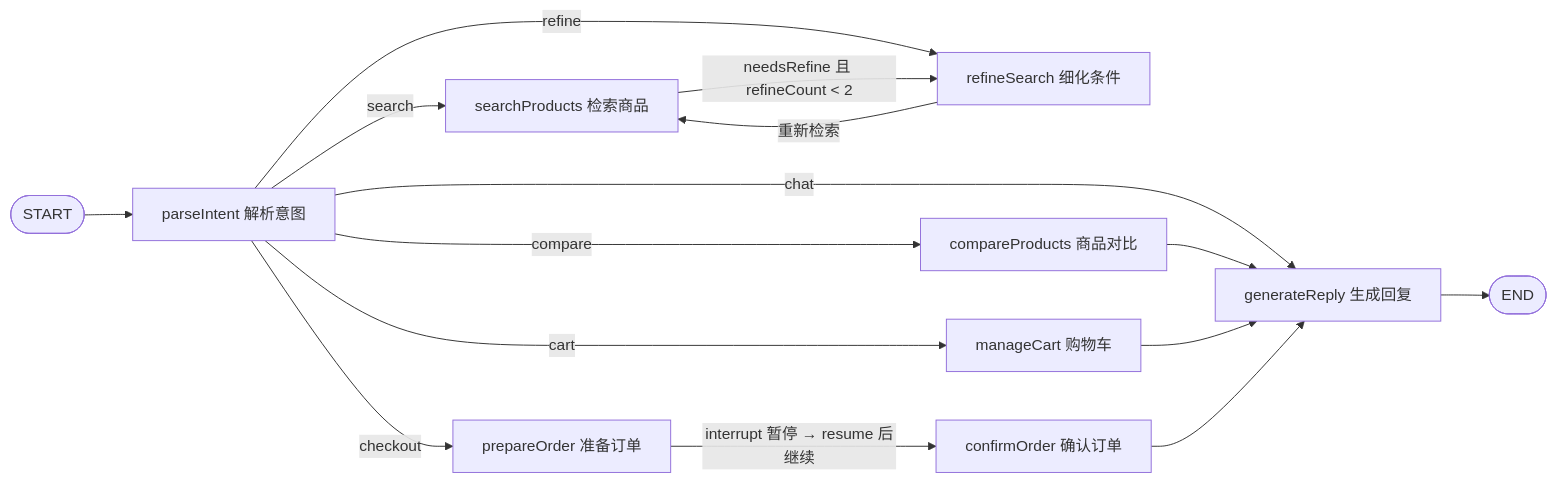
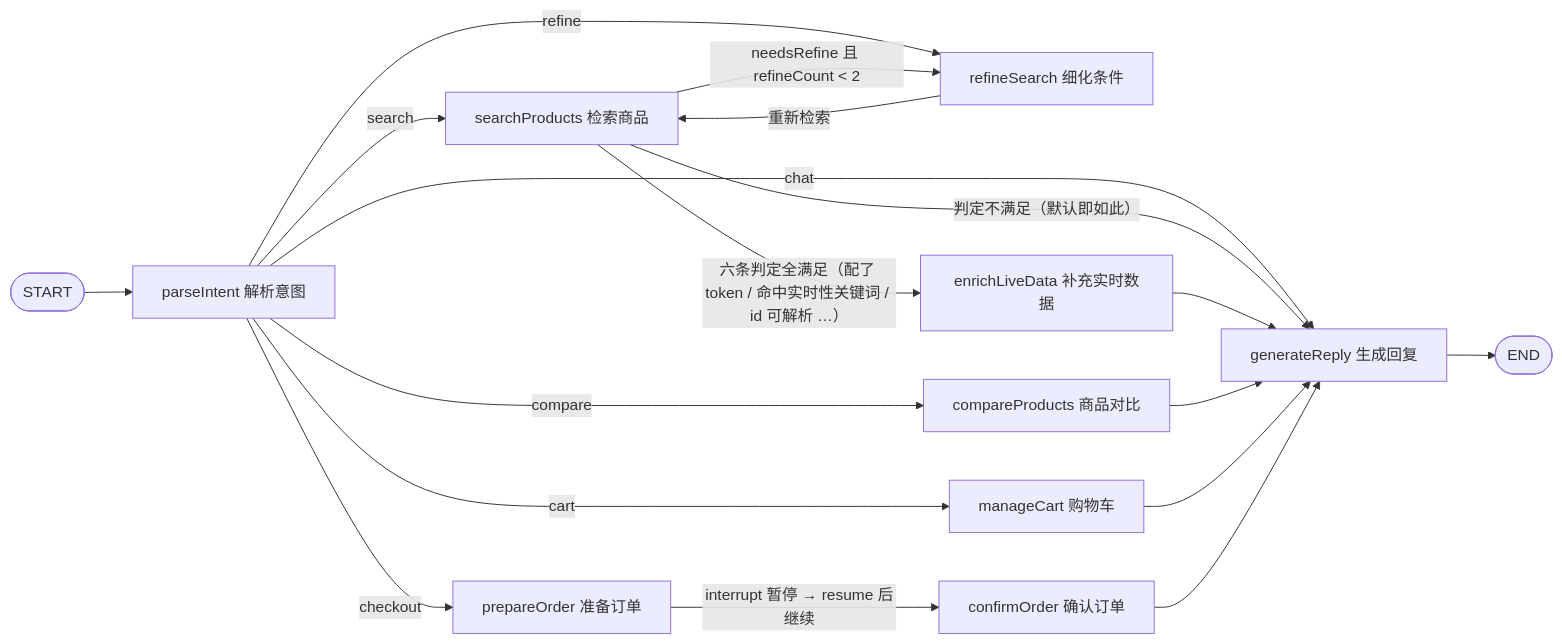
One commit to Zeffy-Real/eshopagent changed the first of 3 diagrams in README.md. Above: the diagram before and after it, drawn with Mermaid. The commit also changed other lines of this file and 21 other files, not shown here.

First line of the commit message:
feat: 实时补充节点 enrichLiveData（图内条件触发）+ 前端三处「实时」标注

````diff
--- a/README.md
+++ b/README.md
@@ -15,17 +15,20 @@
 ```mermaid
 flowchart LR
   START([START]) --> parseIntent["parseIntent 解析意图"]
   parseIntent -->|search| searchProducts["searchProducts 检索商品"]
   parseIntent -->|refine| refineSearch["refineSearch 细化条件"]
   parseIntent -->|compare| compareProducts["compareProducts 商品对比"]
   parseIntent -->|cart| manageCart["manageCart 购物车"]
   parseIntent -->|checkout| prepareOrder["prepareOrder 准备订单"]
   parseIntent -->|chat| generateReply["generateReply 生成回复"]
   refineSearch -->|重新检索| searchProducts
   searchProducts -->|"needsRefine 且 refineCount < 2"| refineSearch
+  searchProducts -->|"六条判定全满足（配了 token / 命中实时性关键词 / id 可解析 …）"| enrichLiveData["enrichLiveData 补充实时数据"]
+  searchProducts -->|"判定不满足（默认即如此）"| generateReply
+  enrichLiveData --> generateReply
   compareProducts --> generateReply
   manageCart --> generateReply
   prepareOrder -->|"interrupt 暂停 → resume 后继续"| confirmOrder["confirmOrder 确认订单"]
   confirmOrder --> generateReply
   generateReply --> END([END])
 ```
````
